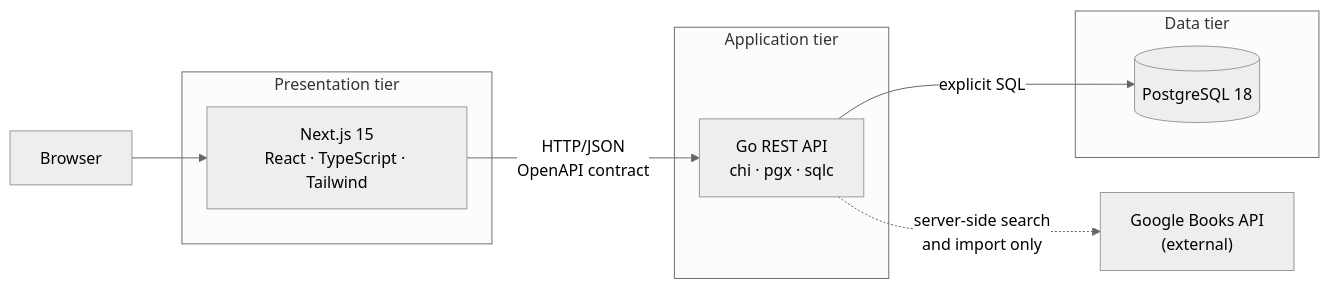
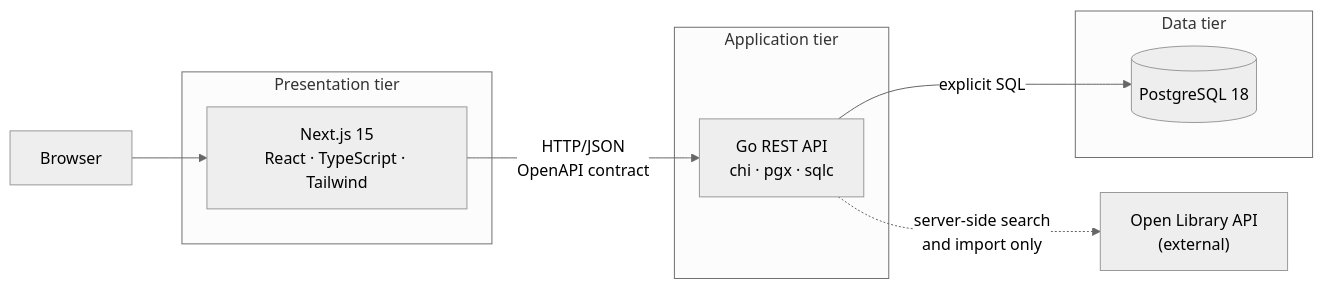
The diagram in Team_Project/README.md (SunnyKikiSJSU/CMPE_180B_Project), drawn with Mermaid (neutral theme) before and after one commit. The commit also changed other lines of this file and 53 other files, not shown here.

First line of the commit message:
Backend Phase 4b: Open Library search and import

````diff
--- a/Team_Project/README.md
+++ b/Team_Project/README.md
@@ -23,23 +23,23 @@
 ```mermaid
 flowchart LR
     Browser[Browser]
 
     subgraph Presentation [Presentation tier]
         Web["Next.js 15<br/>React · TypeScript · Tailwind"]
     end
 
     subgraph Application [Application tier]
         API["Go REST API<br/>chi · pgx · sqlc"]
     end
 
     subgraph Data [Data tier]
         DB[(PostgreSQL 18)]
     end
 
-    Google["Google Books API<br/>(external)"]
+    OpenLibrary["Open Library API<br/>(external)"]
 
     Browser --> Web
     Web -->|"HTTP/JSON<br/>OpenAPI contract"| API
     API -->|"explicit SQL"| DB
-    API -.->|"server-side search<br/>and import only"| Google
+    API -.->|"server-side search<br/>and import only"| OpenLibrary
 ```
````
